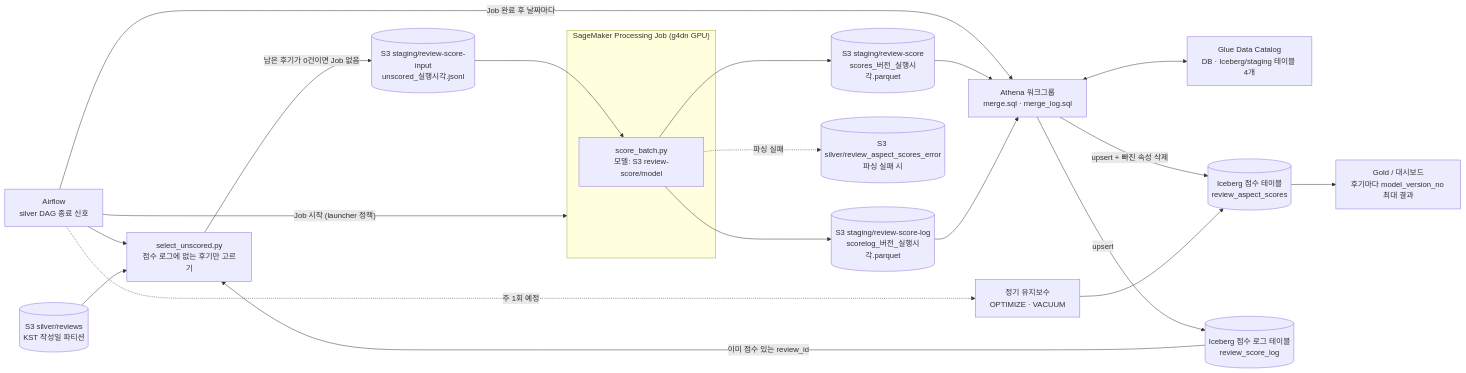
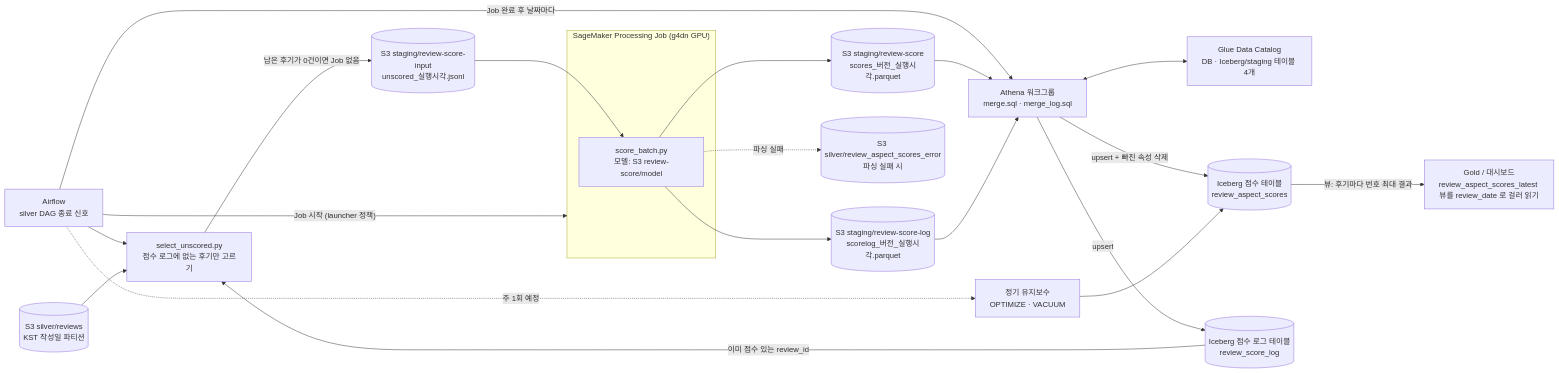
Before and after one commit to josiah113366-sketch/clothes-query: the diagram in infra/stacks/athena-review-score/README.md, drawn with Mermaid. The commit also changed other lines of this file and 10 other files, not shown here.

Commit message:
infra(athena-review-score): Gold 읽기용 Athena 뷰 review_aspect_scores_latest 추가

````diff
--- a/infra/stacks/athena-review-score/README.md
+++ b/infra/stacks/athena-review-score/README.md
@@ -14,38 +14,38 @@
 ```mermaid
 flowchart LR
   AF["Airflow<br/>silver DAG 종료 신호"]
   SV[("S3 silver/reviews<br/>KST 작성일 파티션")]
   SEL["select_unscored.py<br/>점수 로그에 없는 후기만 고르기"]
   UN[("S3 staging/review-score-input<br/>unscored_실행시각.jsonl")]
   subgraph SM["SageMaker Processing Job (g4dn GPU)"]
     SB["score_batch.py<br/>모델: S3 review-score/model"]
   end
   ST[("S3 staging/review-score<br/>scores_버전_실행시각.parquet")]
   SLG[("S3 staging/review-score-log<br/>scorelog_버전_실행시각.parquet")]
   ER[("S3 silver/review_aspect_scores_error<br/>파싱 실패 시")]
   AT["Athena 워크그룹<br/>merge.sql · merge_log.sql"]
   GL["Glue Data Catalog<br/>DB · Iceberg/staging 테이블 4개"]
   IC[("Iceberg 점수 테이블<br/>review_aspect_scores")]
   LG[("Iceberg 점수 로그 테이블<br/>review_score_log")]
-  GD["Gold / 대시보드<br/>후기마다 model_version_no 최대 결과"]
+  GD["Gold / 대시보드<br/>review_aspect_scores_latest 뷰를 review_date 로 걸러 읽기"]
   MT["정기 유지보수<br/>OPTIMIZE · VACUUM"]
 
   AF --> SEL
   SV --> SEL
   LG -->|"이미 점수 있는 review_id"| SEL
   SEL -->|"남은 후기가 0건이면 Job 없음"| UN
   UN --> SB
   AF -->|"Job 시작 (launcher 정책)"| SM
   SB --> ST
   SB --> SLG
   SB -.->|"파싱 실패"| ER
   AF -->|"Job 완료 후 날짜마다"| AT
   ST --> AT
   SLG --> AT
   AT <--> GL
   AT -->|"upsert + 빠진 속성 삭제"| IC
   AT -->|"upsert"| LG
-  IC --> GD
+  IC -->|"뷰: 후기마다 번호 최대 결과"| GD
   AF -.->|"주 1회 예정"| MT
   MT --> IC
 ```
````
